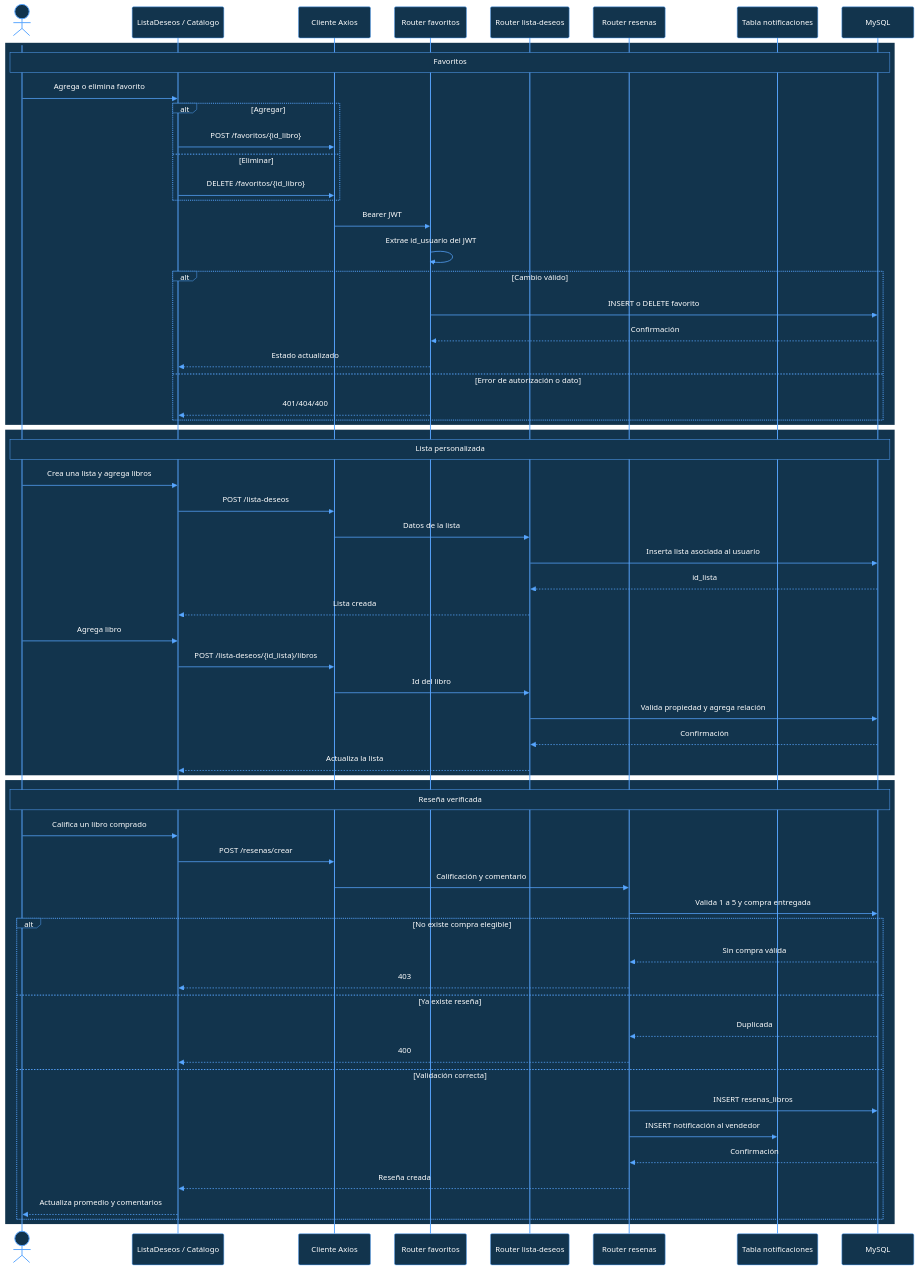
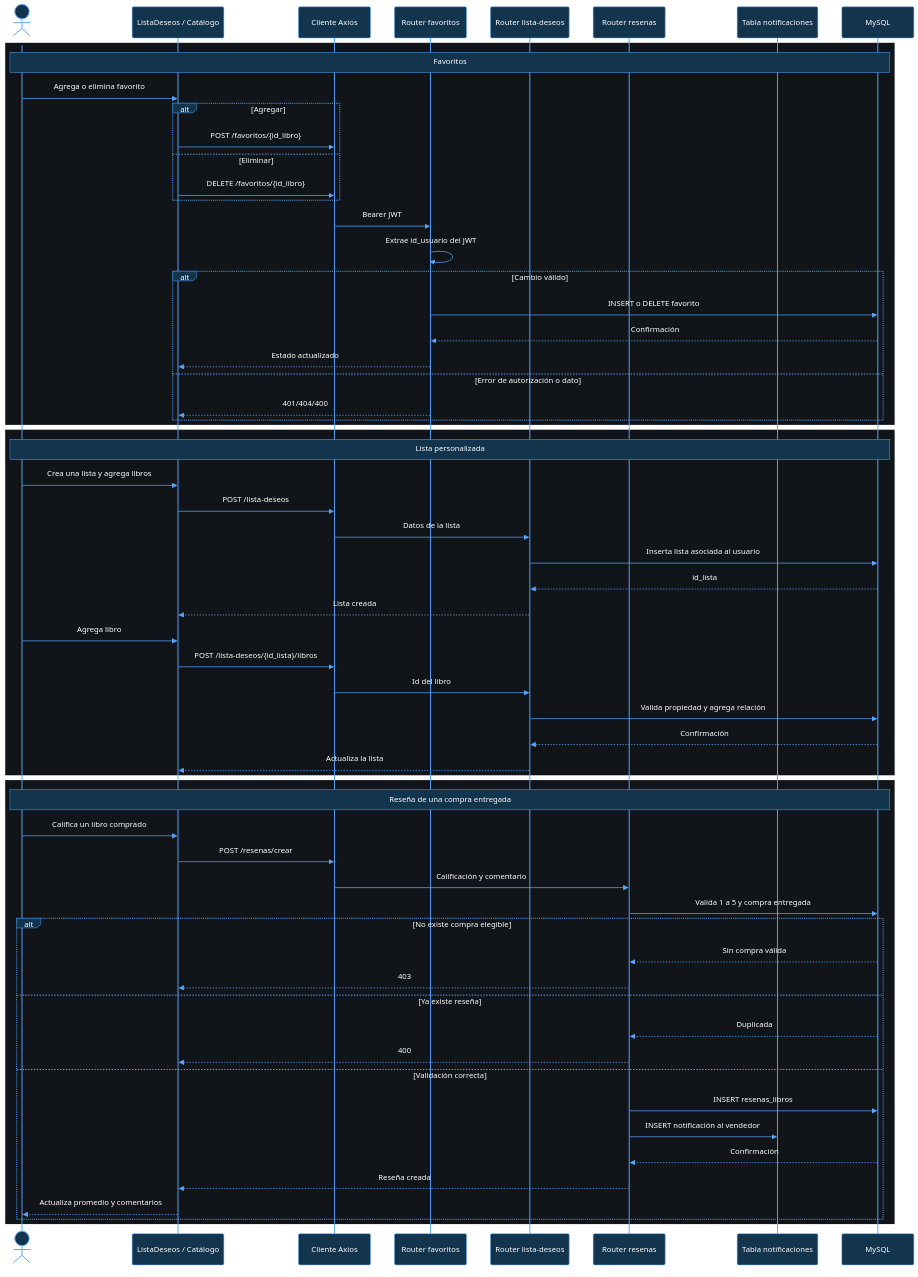
Before and after one commit to crisleon93/bookyhome: the ninth of 15 diagrams in docs/diagramas-secuencia-bookyhome.md, drawn with Mermaid. The commit also changed other lines of this file and 30 other files, not shown here.

First line of the commit message:
docs: revisa y organiza la documentacion UML de BookyHome

````diff
--- a/docs/diagramas-secuencia-bookyhome.md
+++ b/docs/diagramas-secuencia-bookyhome.md
@@ -488,68 +492,68 @@
 ```mermaid
-%%{init: {"theme":"base","themeVariables":{"background":"#0B1020","primaryColor":"#12344D","primaryTextColor":"#FFFFFF","primaryBorderColor":"#58A6FF","lineColor":"#58A6FF","textColor":"#FFFFFF","actorBkg":"#12344D","actorBorder":"#58A6FF","actorTextColor":"#FFFFFF","actorLineColor":"#58A6FF","signalColor":"#58A6FF","signalTextColor":"#FFFFFF","labelBoxBkgColor":"#12344D","labelBoxBorderColor":"#58A6FF","labelTextColor":"#FFFFFF","loopTextColor":"#FFFFFF","noteBkgColor":"#12344D","noteBorderColor":"#58A6FF","noteTextColor":"#FFFFFF","activationBkgColor":"#12344D","activationBorderColor":"#58A6FF","sequenceNumberColor":"#FFFFFF"}}}%%
+%%{init: {"theme":"base","themeVariables":{"background":"#000000","primaryColor":"#12344D","primaryTextColor":"#FFFFFF","primaryBorderColor":"#58A6FF","lineColor":"#58A6FF","textColor":"#FFFFFF","actorBkg":"#12344D","actorBorder":"#58A6FF","actorTextColor":"#FFFFFF","actorLineColor":"#58A6FF","signalColor":"#58A6FF","signalTextColor":"#FFFFFF","labelBoxBkgColor":"#12344D","labelBoxBorderColor":"#58A6FF","labelTextColor":"#FFFFFF","loopTextColor":"#FFFFFF","noteBkgColor":"#12344D","noteBorderColor":"#58A6FF","noteTextColor":"#FFFFFF","activationBkgColor":"#12344D","activationBorderColor":"#58A6FF","sequenceNumberColor":"#FFFFFF"}}}%%
 sequenceDiagram
     actor Usuario
     participant UI as ListaDeseos / Catálogo
     participant Axios as Cliente Axios
     participant Favoritos as Router favoritos
     participant Deseos as Router lista-deseos
     participant Reseñas as Router resenas
     participant Notif as Tabla notificaciones
     participant DB as MySQL
 
-    rect rgb(18, 52, 77)
+    rect rgb(17, 20, 24)
     Note over Usuario,DB: Favoritos
     Usuario->>UI: Agrega o elimina favorito
     alt Agregar
         UI->>Axios: POST /favoritos/{id_libro}
     else Eliminar
         UI->>Axios: DELETE /favoritos/{id_libro}
     end
     Axios->>Favoritos: Bearer JWT
     Favoritos->>Favoritos: Extrae id_usuario del JWT
     alt Cambio válido
         Favoritos->>DB: INSERT o DELETE favorito
         DB-->>Favoritos: Confirmación
         Favoritos-->>UI: Estado actualizado
     else Error de autorización o dato
         Favoritos-->>UI: 401/404/400
     end
     end
 
-    rect rgb(18, 52, 77)
+    rect rgb(17, 20, 24)
     Note over Usuario,DB: Lista personalizada
     Usuario->>UI: Crea una lista y agrega libros
     UI->>Axios: POST /lista-deseos
     Axios->>Deseos: Datos de la lista
     Deseos->>DB: Inserta lista asociada al usuario
     DB-->>Deseos: id_lista
     Deseos-->>UI: Lista creada
     Usuario->>UI: Agrega libro
     UI->>Axios: POST /lista-deseos/{id_lista}/libros
     Axios->>Deseos: Id del libro
     Deseos->>DB: Valida propiedad y agrega relación
     DB-->>Deseos: Confirmación
     Deseos-->>UI: Actualiza la lista
     end
 
-    rect rgb(18, 52, 77)
-    Note over Usuario,DB: Reseña verificada
+    rect rgb(17, 20, 24)
+    Note over Usuario,DB: Reseña de una compra entregada
     Usuario->>UI: Califica un libro comprado
     UI->>Axios: POST /resenas/crear
     Axios->>Reseñas: Calificación y comentario
     Reseñas->>DB: Valida 1 a 5 y compra entregada
     alt No existe compra elegible
         DB-->>Reseñas: Sin compra válida
         Reseñas-->>UI: 403
     else Ya existe reseña
         DB-->>Reseñas: Duplicada
         Reseñas-->>UI: 400
     else Validación correcta
         Reseñas->>DB: INSERT resenas_libros
         Reseñas->>Notif: INSERT notificación al vendedor
         DB-->>Reseñas: Confirmación
         Reseñas-->>UI: Reseña creada
         UI-->>Usuario: Actualiza promedio y comentarios
     end
     end
 ```
````
